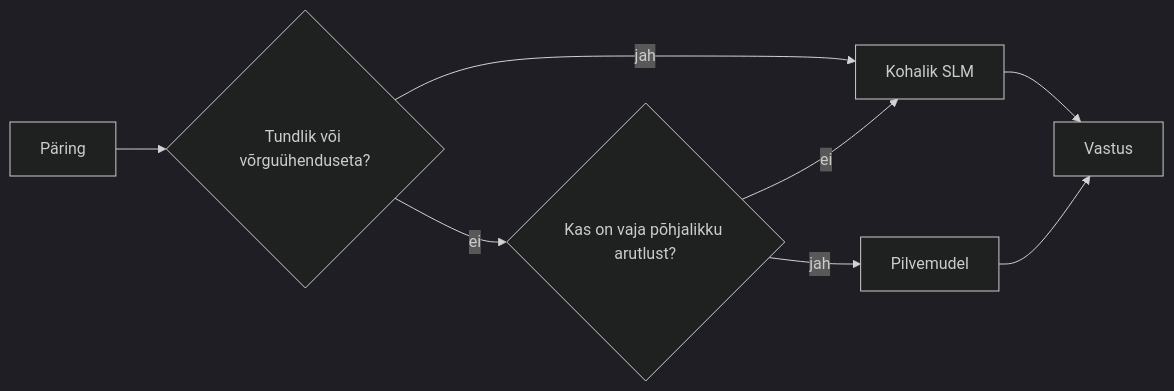
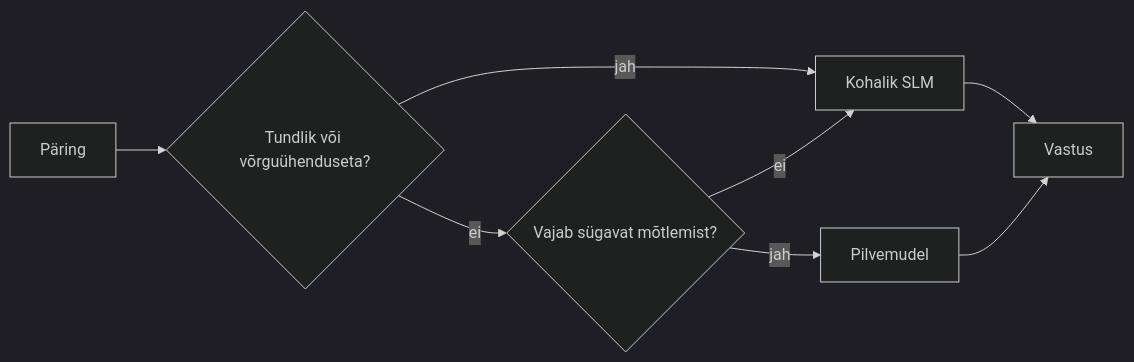
Before and after one commit to gabrielmoreira/agent-skills-mirror: the fourth of 4 diagrams in mirrors/repos/microsoft@ai-agents-for-beginners/translations/et/17-creating-local-ai-agents/README.md, drawn with Mermaid (dark theme). The commit also changed other lines of this file and 4262 other files, not shown here.

````diff
--- a/mirrors/repos/microsoft@ai-agents-for-beginners/translations/et/17-creating-local-ai-agents/README.md
+++ b/mirrors/repos/microsoft@ai-agents-for-beginners/translations/et/17-creating-local-ai-agents/README.md
@@ -156,10 +156,10 @@
 ```mermaid
 flowchart LR
     Q[Päring] --> S{Tundlik või võrguühenduseta?}
     S -->|jah| L[Kohalik SLM]
-    S -->|ei| C{Kas on vaja põhjalikku arutlust?}
+    S -->|ei| C{Vajab sügavat mõtlemist?}
     C -->|ei| L
     C -->|jah| Cloud[Pilvemudel]
     L --> Out[Vastus]
     Cloud --> Out
 ```
````
